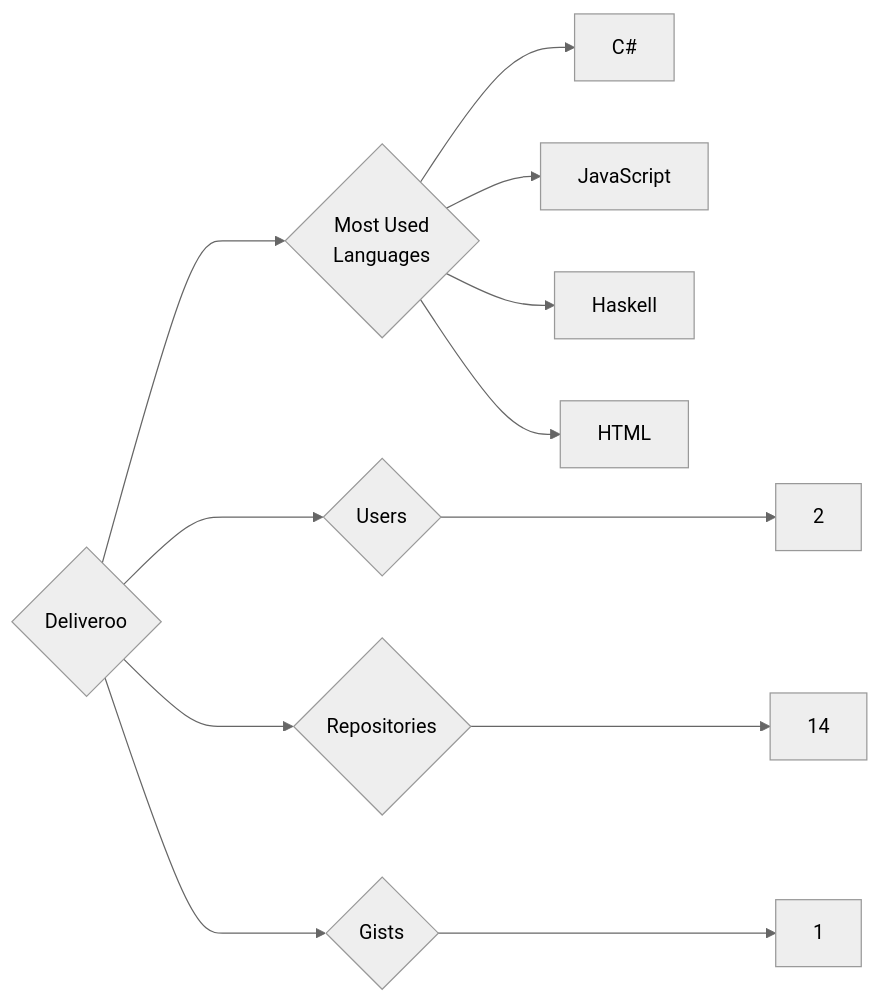
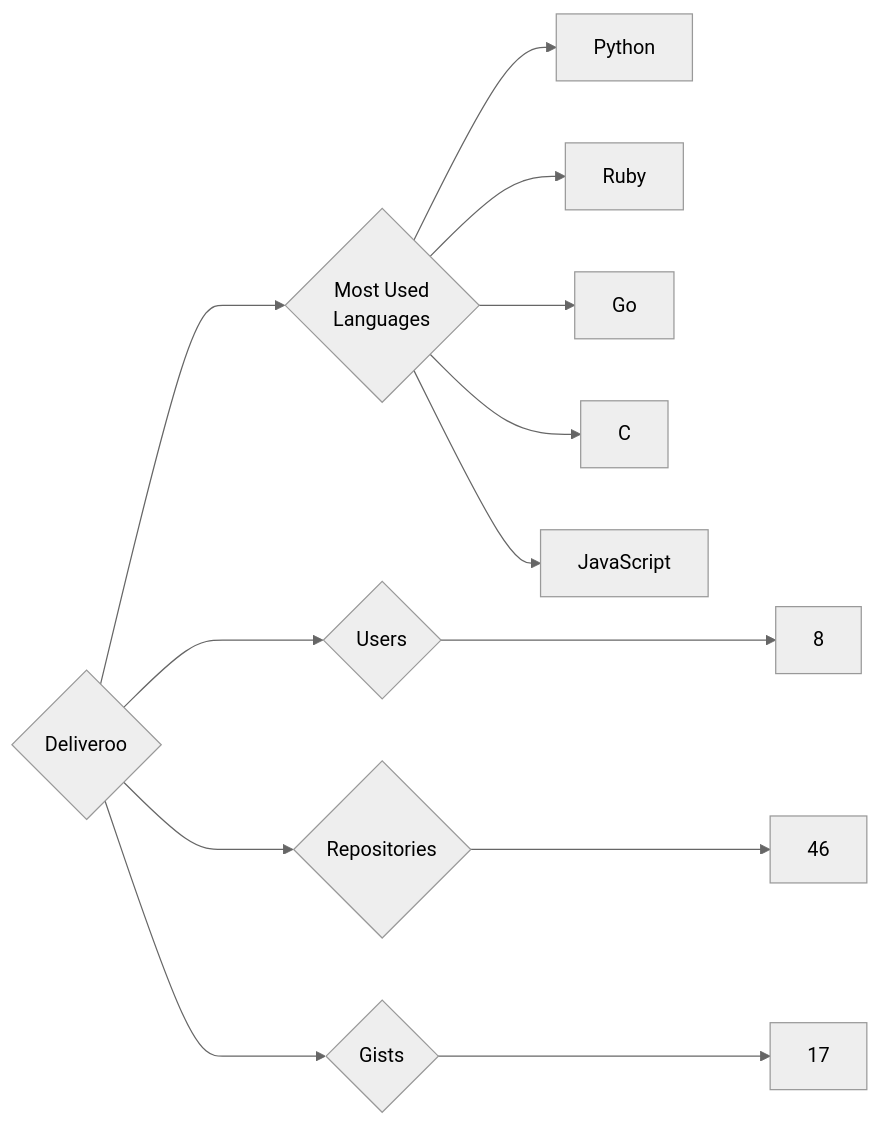
The diagram in targets/Deliveroo/README.md (trickest/insiders), drawn with Mermaid (neutral theme) before and after one commit. The commit also changed 1167 other files, not shown here.

````diff
--- a/targets/Deliveroo/README.md
+++ b/targets/Deliveroo/README.md
@@ -3,12 +3,13 @@
 ```mermaid
 graph LR
 COMPANY_NAME{Deliveroo}
-COMPANY_NAME ---> U{Users} ---> UN[2]
-COMPANY_NAME ---> R{Repositories} ---> RN[14]
-COMPANY_NAME ---> G{Gists} ---> GN[1]
+COMPANY_NAME ---> U{Users} ---> UN[8]
+COMPANY_NAME ---> R{Repositories} ---> RN[46]
+COMPANY_NAME ---> G{Gists} ---> GN[17]
 COMPANY_NAME ---> ML{Most Used<br>Languages}
-ML --> C#[C#]
+ML --> Python[Python]
+ML --> Ruby[Ruby]
+ML --> Go[Go]
+ML --> C[C]
 ML --> JavaScript[JavaScript]
-ML --> Haskell[Haskell]
-ML --> HTML[HTML]
 ```
````
